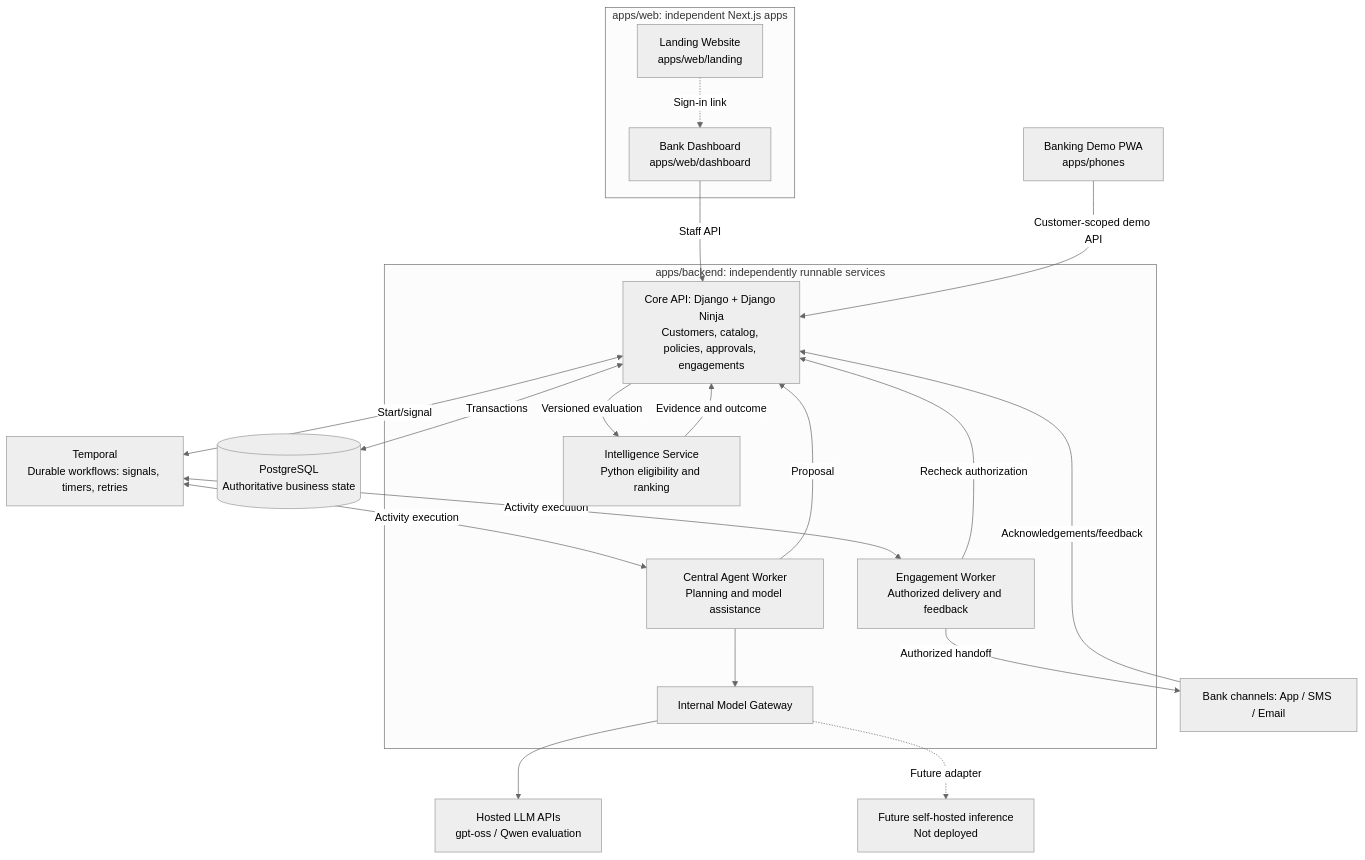
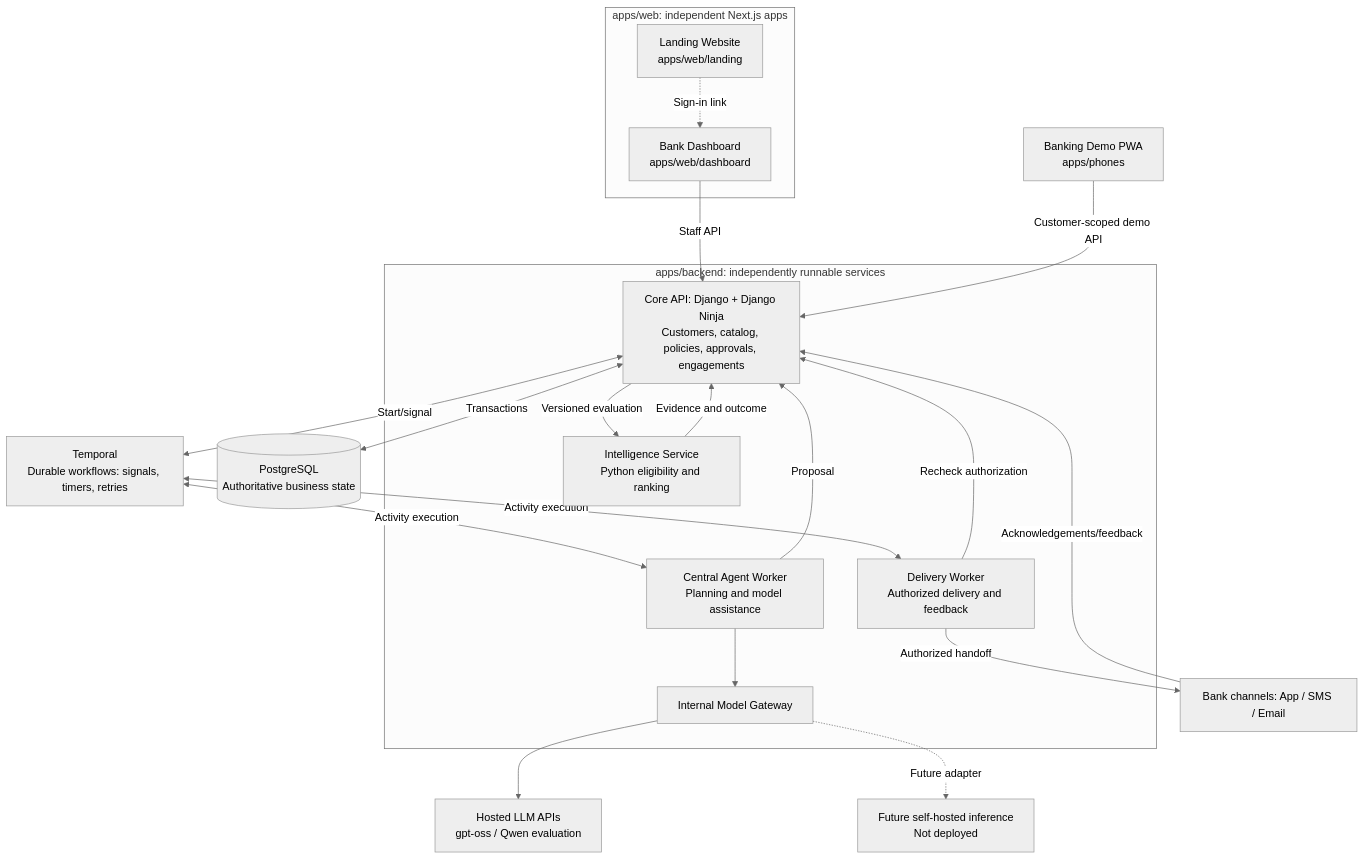
Before and after one commit to onerandomd3v/cuebik: the first of 4 diagrams in ARCHITECTURE.md, drawn with Mermaid (neutral theme). The commit also changed other lines of this file and 2 other files, not shown here.

Commit message:
chore: name Temporal service delivery and clarify frontend component ownership

````diff
--- a/ARCHITECTURE.md
+++ b/ARCHITECTURE.md
@@ -50,36 +50,36 @@
 ```mermaid
 flowchart TB
     subgraph WEB["apps/web: independent Next.js apps"]
         M["Landing Website<br/>apps/web/landing"]
         D["Bank Dashboard<br/>apps/web/dashboard"]
     end
     P["Banking Demo PWA<br/>apps/phones"]
     subgraph B["apps/backend: independently runnable services"]
         API["Core API: Django + Django Ninja<br/>Customers, catalog, policies, approvals, engagements"]
         REC["Intelligence Service<br/>Python eligibility and ranking"]
         AG["Central Agent Worker<br/>Planning and model assistance"]
-        EN["Engagement Worker<br/>Authorized delivery and feedback"]
+        EN["Delivery Worker<br/>Authorized delivery and feedback"]
         GW["Internal Model Gateway"]
     end
     DB[("PostgreSQL<br/>Authoritative business state")]
     T["Temporal<br/>Durable workflows: signals, timers, retries"]
     L["Hosted LLM APIs<br/>gpt-oss / Qwen evaluation"]
     F["Future self-hosted inference<br/>Not deployed"]
     C["Bank channels: App / SMS / Email"]
     M -. "Sign-in link" .-> D
     D -->|"Staff API"| API
     P -->|"Customer-scoped demo API"| API
     API <-->|"Transactions"| DB
     API -->|"Versioned evaluation"| REC
     REC -->|"Evidence and outcome"| API
     API <-->|"Start/signal"| T
     T <-->|"Activity execution"| AG
     T <-->|"Activity execution"| EN
     AG -->|"Proposal"| API
     AG --> GW
     GW --> L
     GW -. "Future adapter" .-> F
     EN -->|"Recheck authorization"| API
     EN -->|"Authorized handoff"| C
     C -->|"Acknowledgements/feedback"| API
 ```
````
